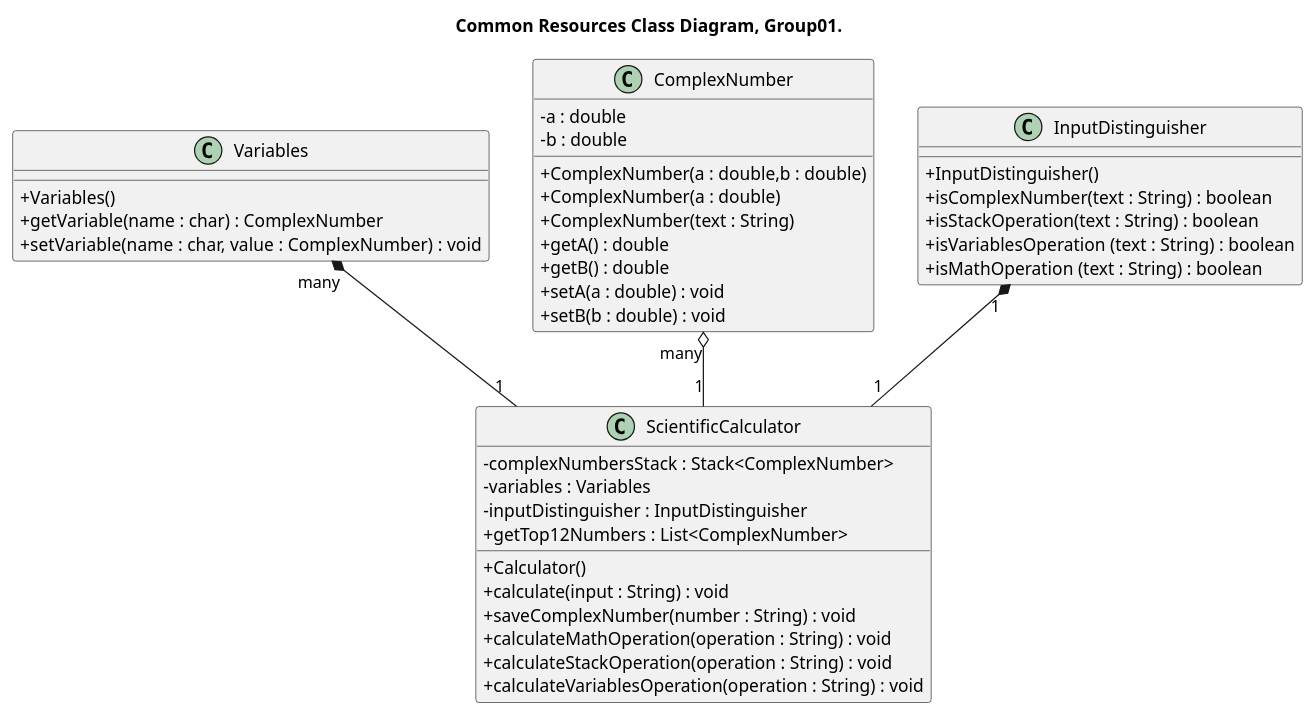
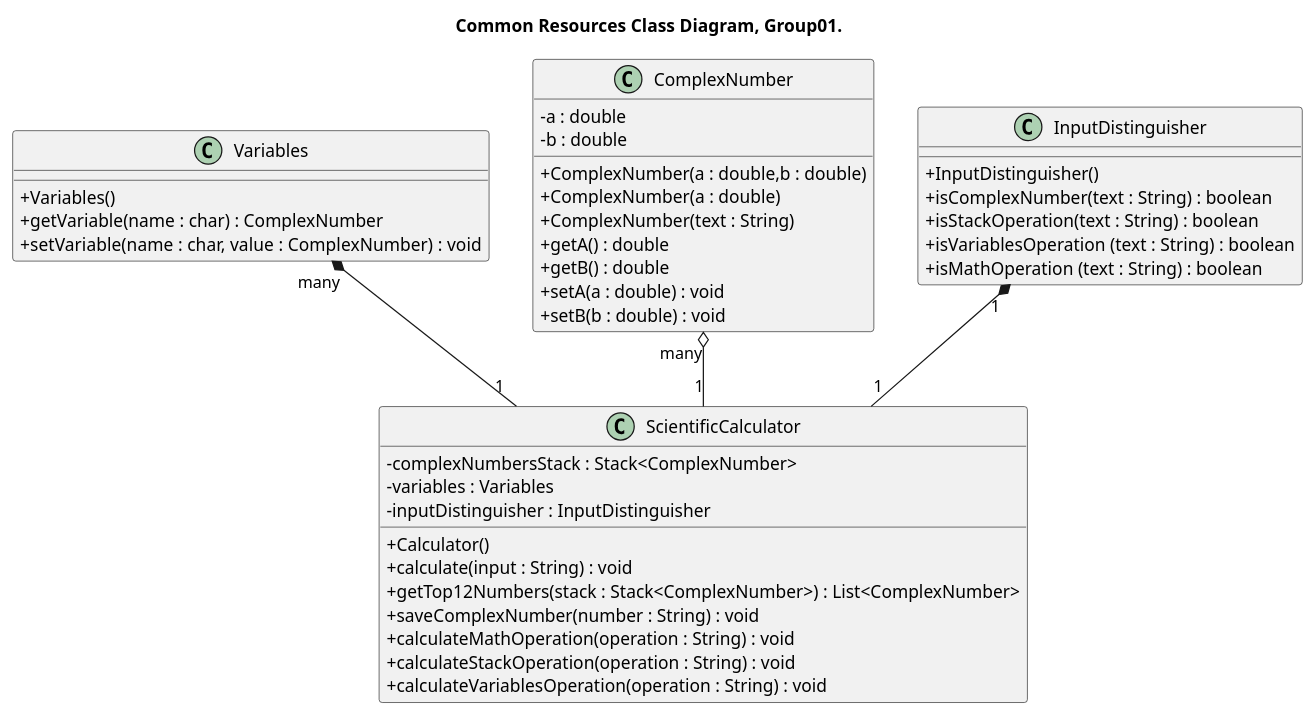
One commit to CiroCutolo/Scientific_Calculator_group01_2023 changed the diagram in class_diagram/CommonResources_ClassDiagram_Group01.puml. Above: the diagram before and after it, drawn with PlantUML. The commit also changed 3 other files, not shown here.

```diff
--- a/class_diagram/CommonResources_ClassDiagram_Group01.puml
+++ b/class_diagram/CommonResources_ClassDiagram_Group01.puml
@@ -1,50 +1,50 @@
 @startuml Common Resources ClassDiagram, Group01.
 
 title Common Resources Class Diagram, Group01.
 
 skinparam ClassAttributeIconSize 0
 class Variables{
     + Variables()
     + getVariable(name : char) : ComplexNumber
     + setVariable(name : char, value : ComplexNumber) : void
 }
 
 class ComplexNumber{
     - a : double
     - b : double
     + ComplexNumber(a : double,b : double)
     + ComplexNumber(a : double)
     + ComplexNumber(text : String)
     + getA() : double
     + getB() : double 
     + setA(a : double) : void
     + setB(b : double) : void
 }
 
 
 class InputDistinguisher{
     + InputDistinguisher()
     + isComplexNumber(text : String) : boolean
     + isStackOperation(text : String) : boolean
     + isVariablesOperation (text : String) : boolean
     + isMathOperation (text : String) : boolean
 }
 
 class ScientificCalculator{
     - complexNumbersStack : Stack<ComplexNumber>
     - variables : Variables
     - inputDistinguisher : InputDistinguisher
     + Calculator()
-    + getTop12Numbers : List<ComplexNumber>
     + calculate(input : String) : void 
+    + getTop12Numbers(stack : Stack<ComplexNumber>) : List<ComplexNumber>
     + saveComplexNumber(number : String) : void
     + calculateMathOperation(operation : String) : void
     + calculateStackOperation(operation : String) : void
     + calculateVariablesOperation(operation : String) : void
 }
 
 ComplexNumber "many" o-- "1" ScientificCalculator
 Variables "many" *-- "1" ScientificCalculator
 InputDistinguisher "1" *-- "1" ScientificCalculator
 
 @enduml
```
